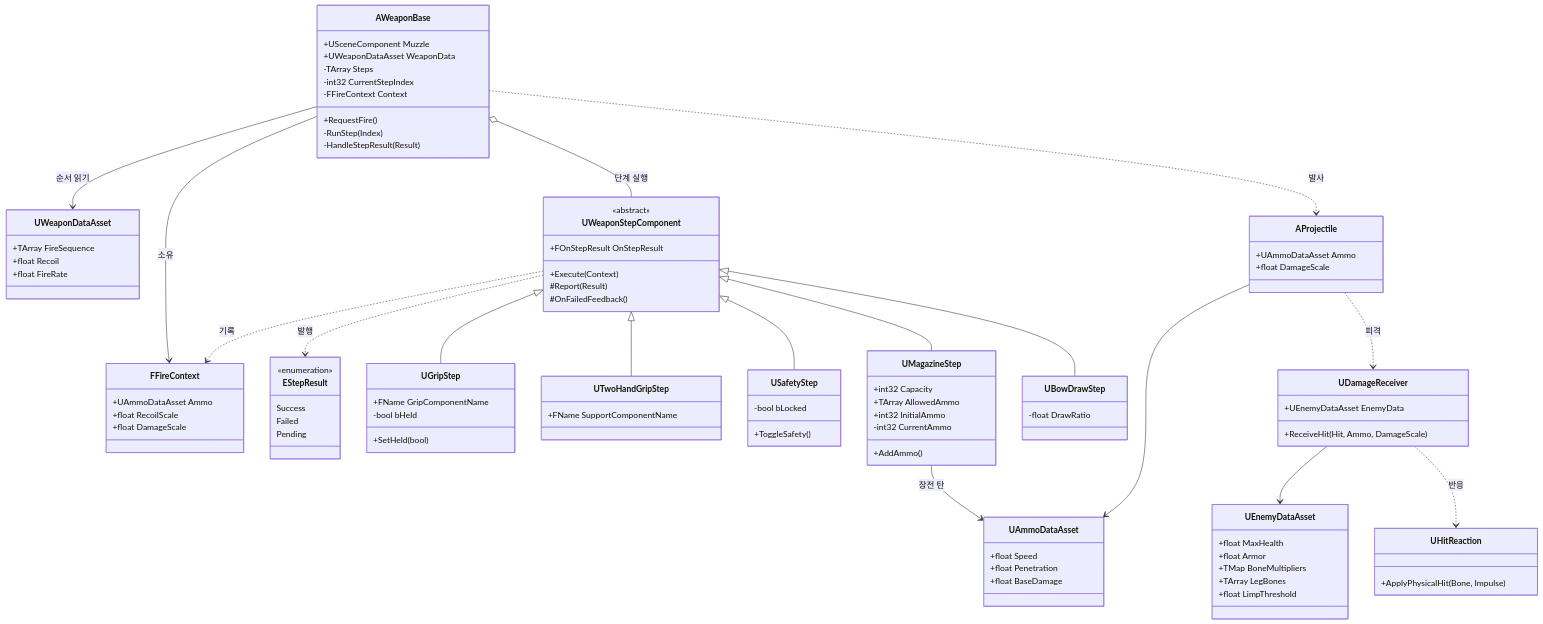
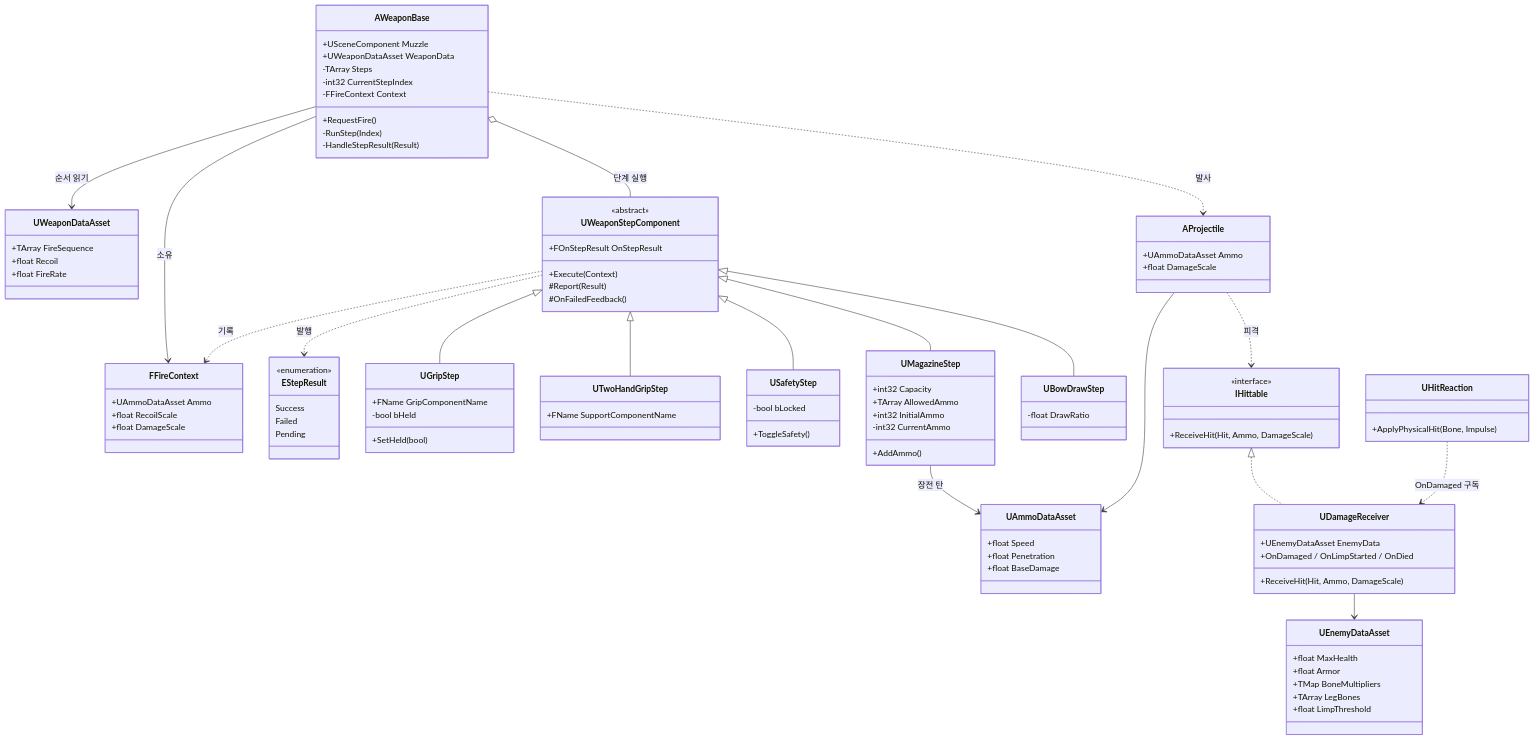
The diagram in Docs/PLAN.md (SeonghunChoi/FirstVR), drawn with Mermaid before and after one commit. The commit also changed other lines of this file and 11 other files, not shown here.

First line of the commit message:
[Step 4-2] IHittable과 UDamageReceiver 추가 (피해 계산, 절뚝임, 사망 발행)

````diff
--- a/Docs/PLAN.md
+++ b/Docs/PLAN.md
@@ -179,9 +179,14 @@
   +UAmmoDataAsset Ammo
   +float DamageScale
 }
+class IHittable {
+  <<interface>>
+  +ReceiveHit(Hit, Ammo, DamageScale)
+}
 class UDamageReceiver {
   +UEnemyDataAsset EnemyData
   +ReceiveHit(Hit, Ammo, DamageScale)
+  +OnDamaged / OnLimpStarted / OnDied
 }
 class UEnemyDataAsset {
   +float MaxHealth
@@ -206,7 +211,8 @@
 UMagazineStep --> UAmmoDataAsset : 장전 탄
 AWeaponBase ..> AProjectile : 발사
 AProjectile --> UAmmoDataAsset
-AProjectile ..> UDamageReceiver : 피격
+AProjectile ..> IHittable : 피격
+IHittable <|.. UDamageReceiver
 UDamageReceiver --> UEnemyDataAsset
-UDamageReceiver ..> UHitReaction : 반응
+UHitReaction ..> UDamageReceiver : OnDamaged 구독
 ```
````
